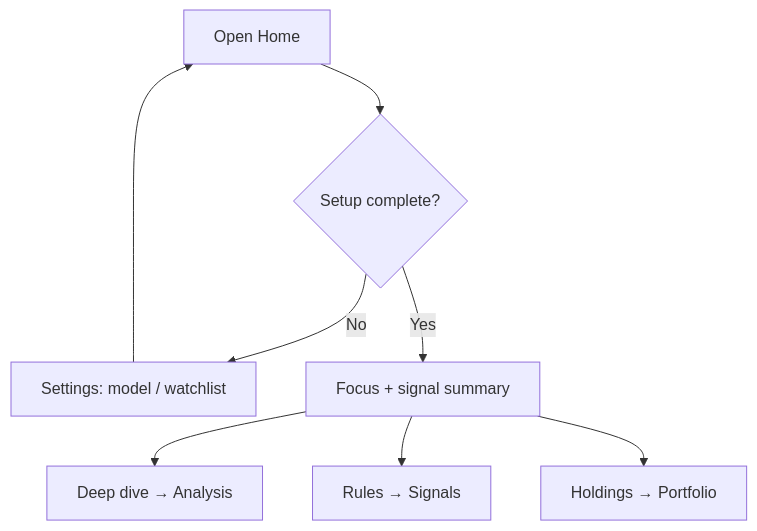
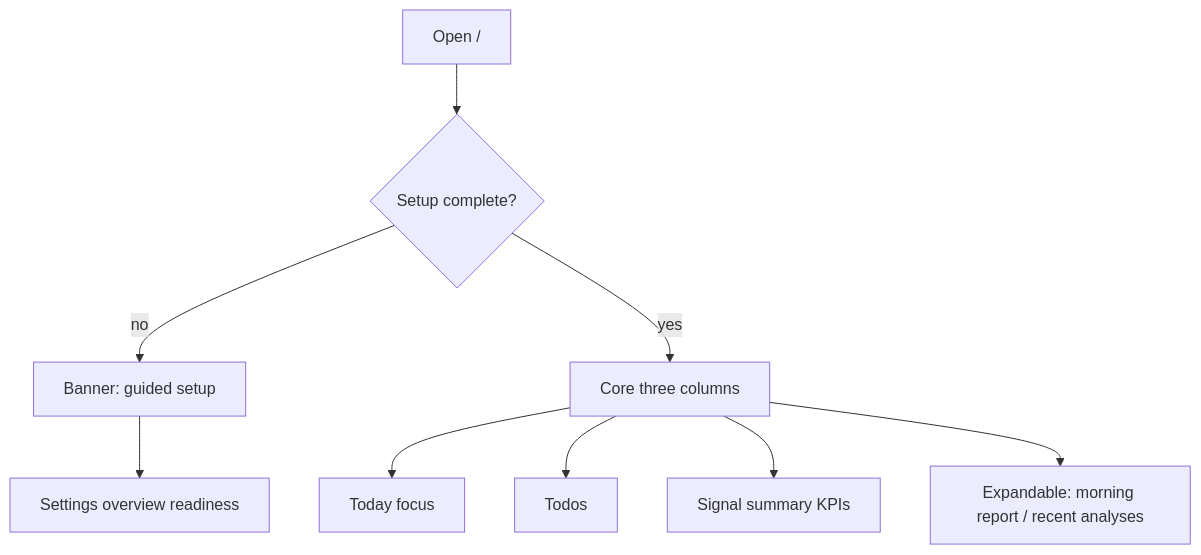
The diagram in docs/ui-manual/02-home_EN.md (SiinXu/stock-pulse-ai), drawn with Mermaid before and after one commit. The commit also changed other lines of this file and 32 other files, not shown here.

````diff
--- a/docs/ui-manual/02-home_EN.md
+++ b/docs/ui-manual/02-home_EN.md
@@ -25,10 +32,11 @@
 ```mermaid
 flowchart TD
-  H[Open Home] --> G{Setup complete?}
-  G -->|No| S[Settings: model / watchlist]
-  S --> H
-  G -->|Yes| F[Focus + signal summary]
-  F --> A[Deep dive → Analysis]
-  F --> C[Rules → Signals]
-  F --> P[Holdings → Portfolio]
+  H[Open /] --> A{Setup complete?}
+  A -->|no| B[Banner: guided setup]
+  B --> S[Settings overview readiness]
+  A -->|yes| C[Core three columns]
+  C --> F[Today focus]
+  C --> T[Todos]
+  C --> N[Signal summary KPIs]
+  C --> E[Expandable: morning report / recent analyses]
 ```
````
